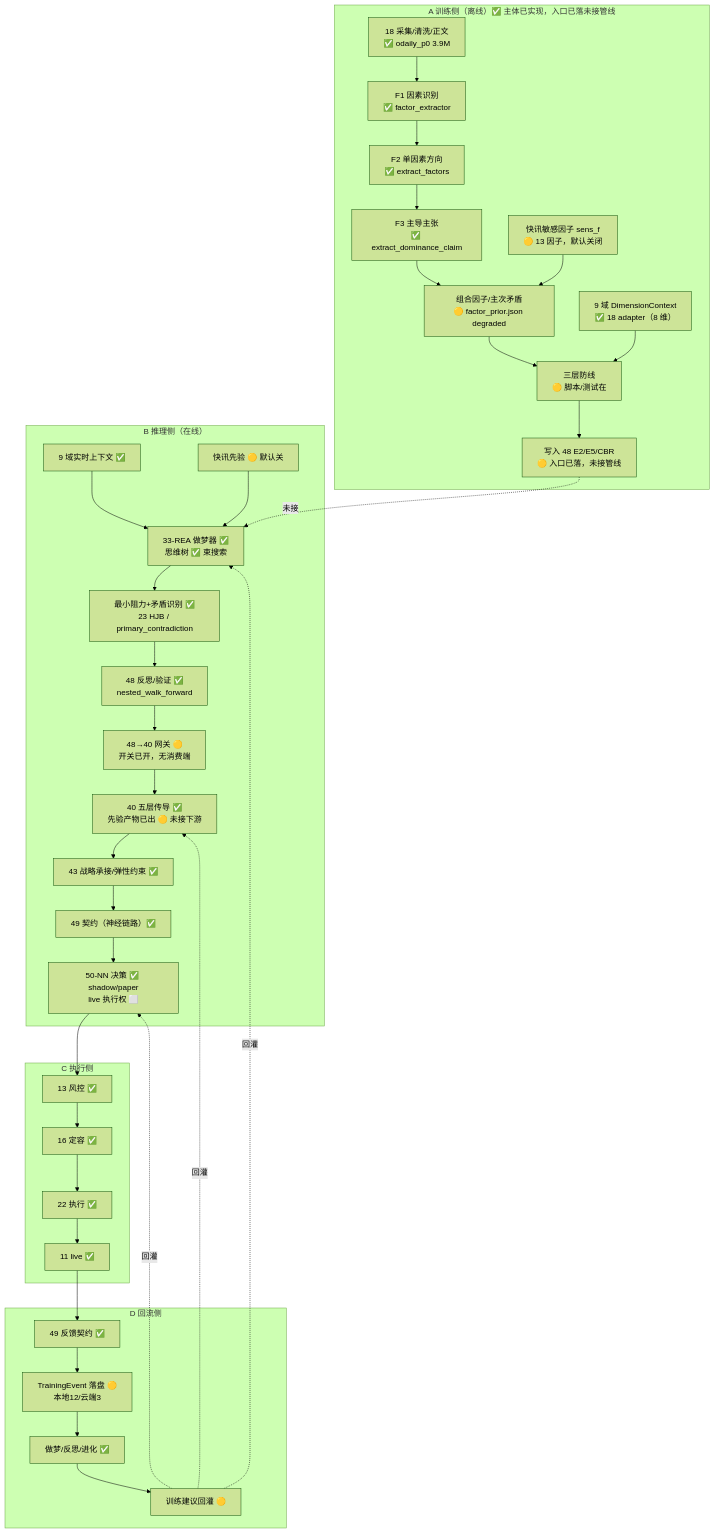
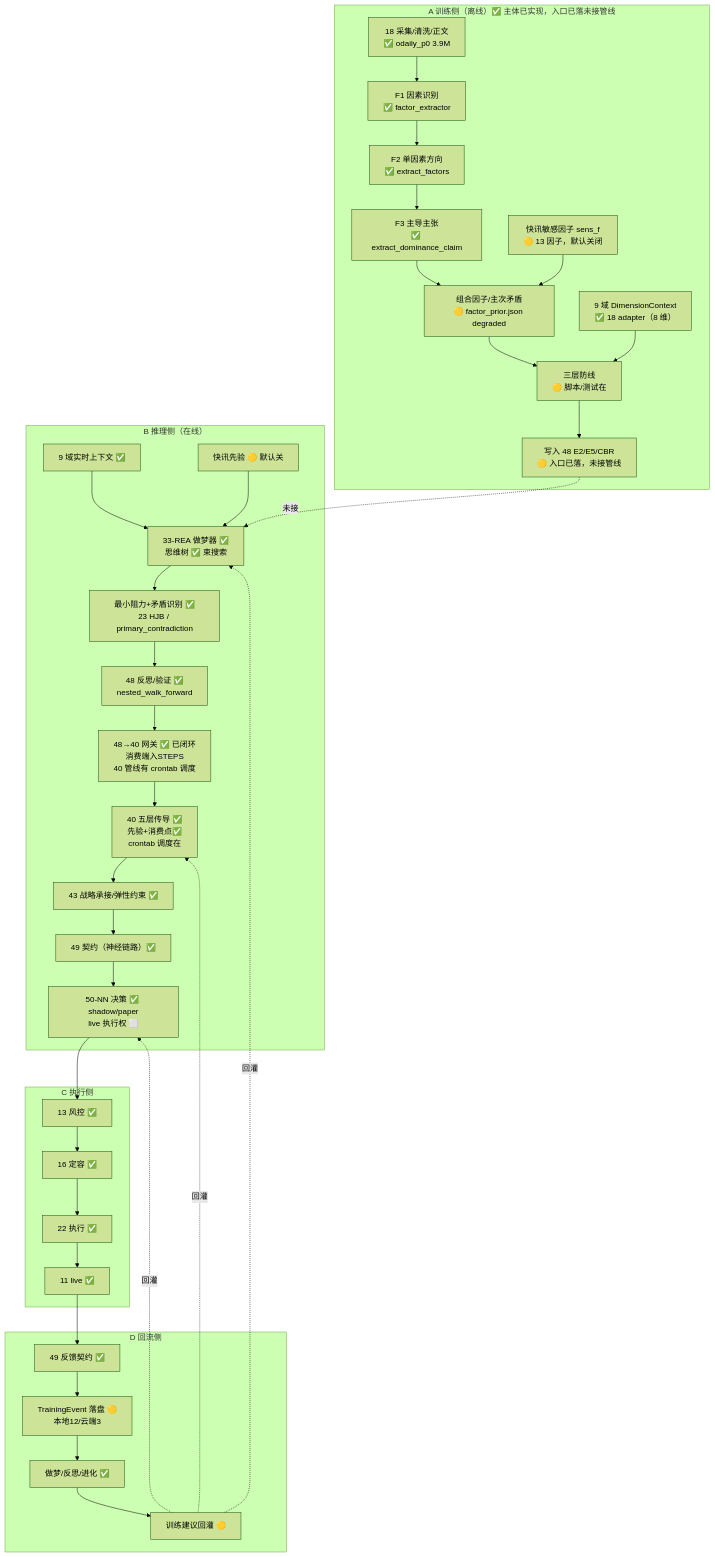
The diagram in 48-涌现架构/docs/tech/SPEC-EMERGENCE-FULL-CHAIN-v1.0.md (yunya1991/Dreambuddy-V2), drawn with Mermaid (forest theme) before and after one commit. The commit also changed other lines of this file and 1 other file, not shown here.

````diff
--- a/48-涌现架构/docs/tech/SPEC-EMERGENCE-FULL-CHAIN-v1.0.md
+++ b/48-涌现架构/docs/tech/SPEC-EMERGENCE-FULL-CHAIN-v1.0.md
@@ -26,54 +26,54 @@
 ```mermaid
 flowchart TB
   subgraph TRAIN["A 训练侧（离线）✅ 主体已实现，入口已落未接管线"]
     A1["18 采集/清洗/正文<br/>✅ odaily_p0 3.9M"]
     A2["F1 因素识别<br/>✅ factor_extractor"]
     A3["F2 单因素方向<br/>✅ extract_factors"]
     A4["F3 主导主张<br/>✅ extract_dominance_claim"]
     A5["组合因子/主次矛盾<br/>🟡 factor_prior.json degraded"]
     A6["9 域 DimensionContext<br/>✅ 18 adapter（8 维）"]
     A7["快讯敏感因子 sens_f<br/>🟡 13 因子，默认关闭"]
     A8["三层防线<br/>🟡 脚本/测试在"]
     A9["写入 48 E2/E5/CBR<br/>🟡 入口已落，未接管线"]
 
     A1 --> A2 --> A3 --> A4 --> A5
     A6 --> A8
     A7 --> A5 --> A8 --> A9
   end
 
   subgraph INFER["B 推理侧（在线）"]
     B1["9 域实时上下文 ✅"]
     B2["快讯先验 🟡 默认关"]
     B3["33-REA 做梦器 ✅<br/>思维树 ✅ 束搜索"]
     B4["最小阻力+矛盾识别 ✅<br/>23 HJB / primary_contradiction"]
     B5["48 反思/验证 ✅<br/>nested_walk_forward"]
-    B6["48→40 网关 🟡<br/>开关已开，无消费端"]
-    B7["40 五层传导 ✅<br/>先验产物已出 🟡 未接下游"]
+    B6["48→40 网关 ✅ 已闭环<br/>消费端入STEPS<br/>40 管线有 crontab 调度"]
+    B7["40 五层传导 ✅<br/>先验+消费点✅<br/>crontab 调度在"]
     B8["43 战略承接/弹性约束 ✅"]
     B9["49 契约（神经链路）✅"]
     B10["50-NN 决策 ✅ shadow/paper<br/>live 执行权 ⬜"]
 
     B1 --> B3
     B2 --> B3
     B3 --> B4 --> B5 --> B6 --> B7 --> B8 --> B9 --> B10
   end
 
   subgraph EXEC["C 执行侧"]
     C1["13 风控 ✅"] --> C2["16 定容 ✅"] --> C3["22 执行 ✅"] --> C4["11 live ✅"]
   end
 
   subgraph BACK["D 回流侧"]
     D1["49 反馈契约 ✅"]
     D2["TrainingEvent 落盘 🟡<br/>本地12/云端3"]
     D3["做梦/反思/进化 ✅"]
     D4["训练建议回灌 🟡"]
     D1 --> D2 --> D3 --> D4
   end
 
   A9 -.未接.-> B3
   B10 --> C1
   C4 --> D1
   D4 -.回灌.-> B3
   D4 -.回灌.-> B7
   D4 -.回灌.-> B10
 ```
````
